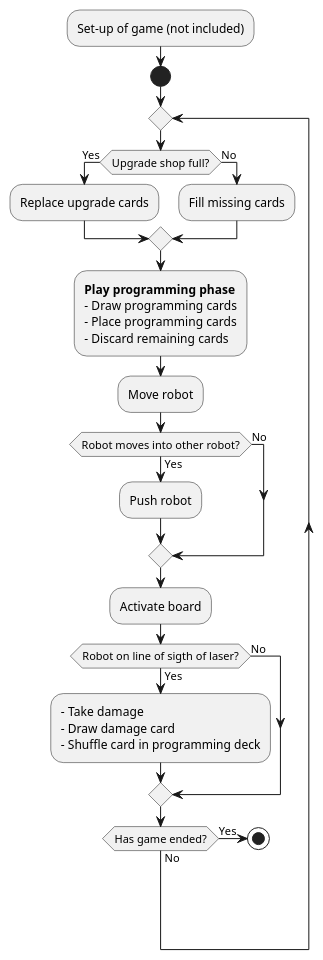
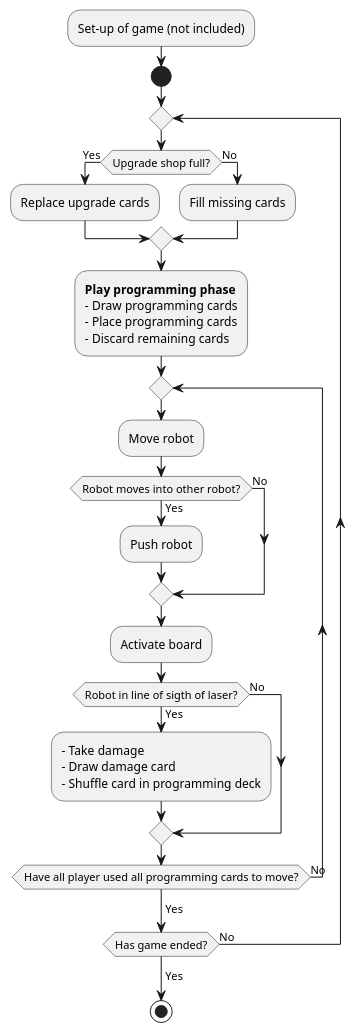
The diagram in documentation/Activity diagrams/Must have req activitydiagram.puml (xdTobs/_18_roborally), drawn with PlantUML before and after one commit.

Commit message:
Updated activity diagram. Now looping as long as eacj players has moves left to finish

```diff
--- a/documentation/Activity diagrams/Must have req activitydiagram.puml
+++ b/documentation/Activity diagrams/Must have req activitydiagram.puml
@@ -1,39 +1,42 @@
 @startuml
 
 :Set-up of game (not included);
 
 start
 
 repeat
 
 if (Upgrade shop full?) then (Yes)
 :Replace upgrade cards;
 else (No)
 :Fill missing cards;
 endif
 
 :**Play programming phase**
 - Draw programming cards
 - Place programming cards
 - Discard remaining cards;
 
+repeat
 :Move robot;
 if (Robot moves into other robot?) then (Yes)
 :Push robot;
 else (No)
 endif
 
 :Activate board;
-if (Robot on line of sigth of laser?) then (Yes)
+if (Robot in line of sigth of laser?) then (Yes)
 :- Take damage
 - Draw damage card
 - Shuffle card in programming deck;
 else (No);
 endif
 
-if (Has game ended?) then (Yes)
+repeat while (Have all player used all programming cards to move?) is (No)
+-> Yes;
+
+repeat while (Has game ended?) is (No)
+-> Yes;
 stop
-else (No)
-endif
 
-@endumll
+@enduml
```
